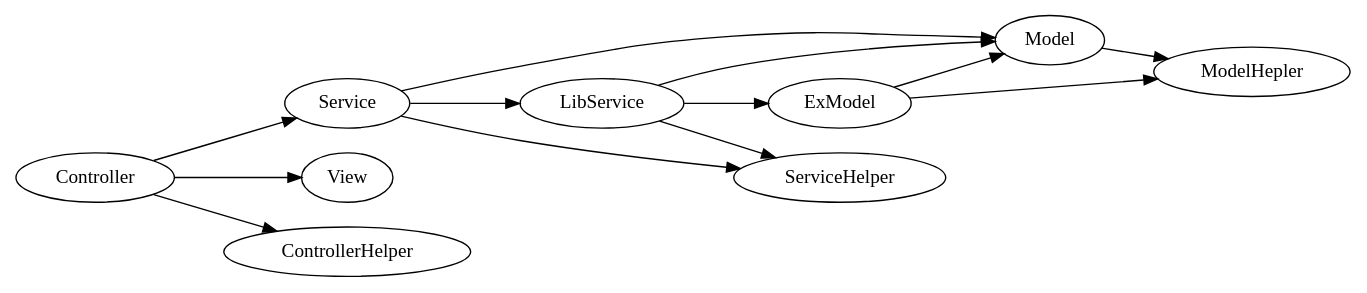
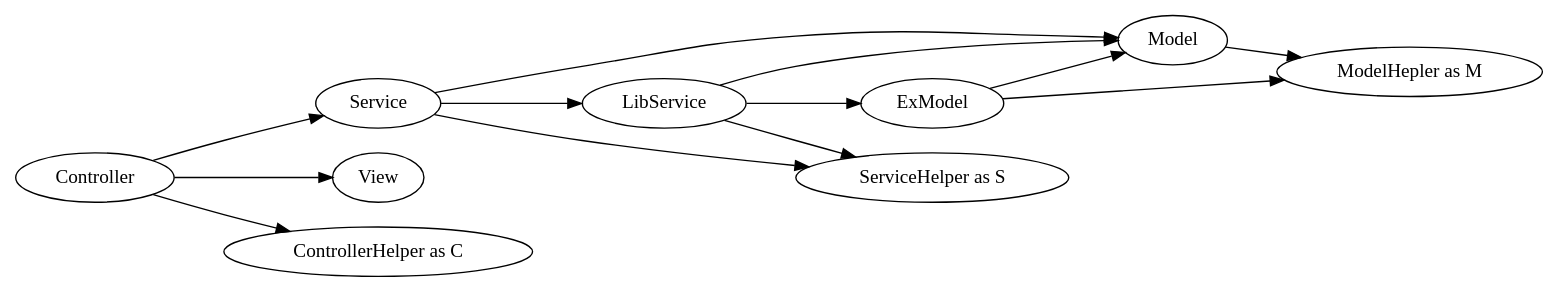
The diagram in doc/arch_full.gv (dvaknheo/duckphp), drawn with Graphviz before and after one commit. The commit also changed 5 other files, not shown here.

Commit message:
变更架构图

```diff
--- a/doc/arch_full.gv
+++ b/doc/arch_full.gv
@@ -1,21 +1,25 @@
 digraph G{
 /* This is a graphviz file */
 graph [rankdir = "LR"];
 
+    Controller -> Service -> Model;
+    
+    Service -> LibService;
+    LibService->ExModel;
+    ExModel -> Model;
+    LibService->Model;
+    Controller -> View;
 
-Controller -> Service -> Model;
-    
-Service -> LibService;
-LibService->ExModel;
-ExModel -> Model;
-LibService->Model;
-Controller -> View;
+    Controller ->ControllerHelper;
 
-Controller ->ControllerHelper;
+    Service ->ServiceHelper;
+    LibService ->ServiceHelper;
 
-Service ->ServiceHelper;
-LibService ->ServiceHelper;
+    Model ->ModelHepler;
+    ExModel ->ModelHepler;
 
-Model ->ModelHepler;
-ExModel ->ModelHepler;
+    ControllerHelper [label="ControllerHelper as C"];
+    ServiceHelper [label="ServiceHelper as S"];
+    ModelHepler [label="ModelHepler as M"];
+
 }
```
